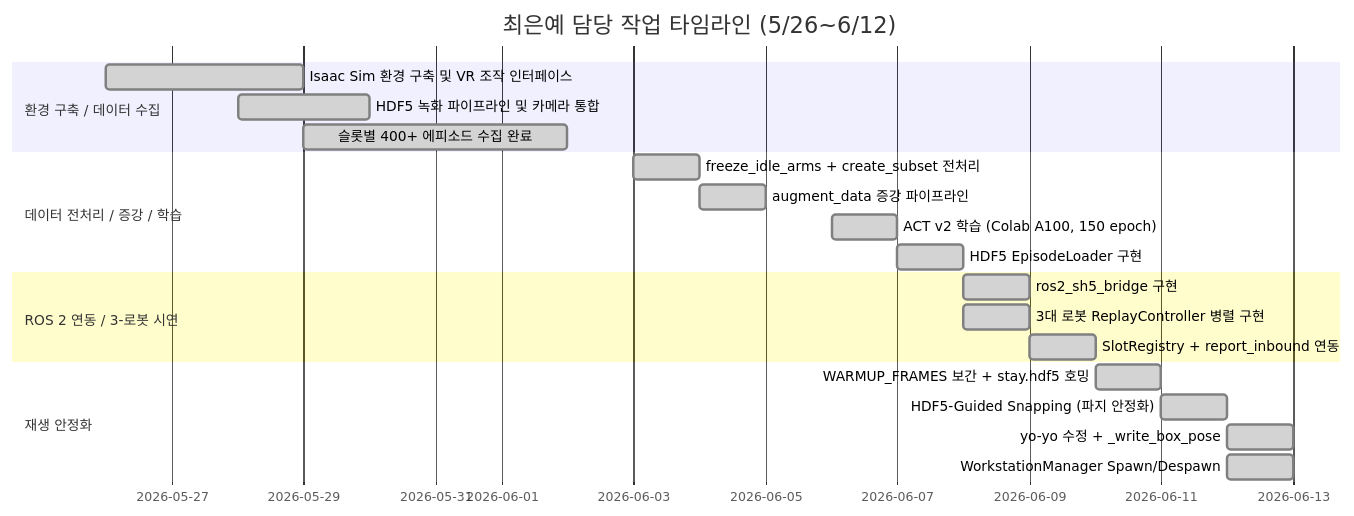
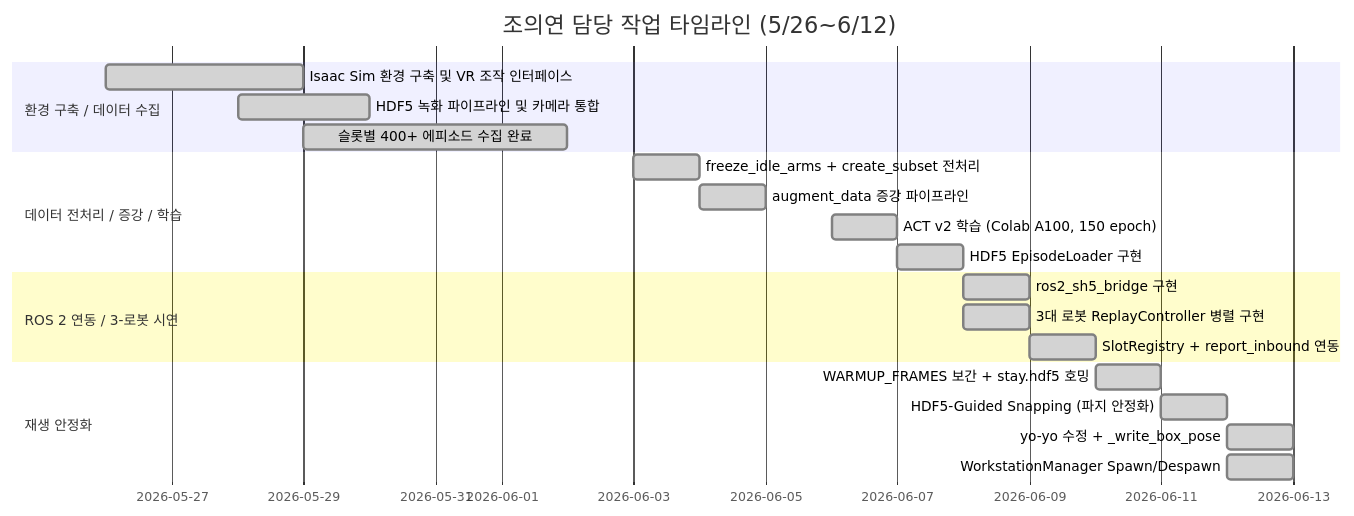
One commit to sungwung1201/SNFC changed the diagram in CEY/README.md. Above: the diagram before and after it, drawn with Mermaid. The commit also changed other lines of this file, not shown here.

````diff
--- a/CEY/README.md
+++ b/CEY/README.md
@@ -115,23 +115,23 @@
 ```mermaid
 gantt
-    title 최은예 담당 작업 타임라인 (5/26~6/12)
+    title 조의연 담당 작업 타임라인 (5/26~6/12)
     dateFormat  YYYY-MM-DD
     section 환경 구축 / 데이터 수집
     Isaac Sim 환경 구축 및 VR 조작 인터페이스     :done, a1, 2026-05-26, 3d
     HDF5 녹화 파이프라인 및 카메라 통합           :done, a2, 2026-05-28, 2d
     슬롯별 400+ 에피소드 수집 완료               :done, a3, 2026-05-29, 4d
     section 데이터 전처리 / 증강 / 학습
     freeze_idle_arms + create_subset 전처리      :done, b1, 2026-06-03, 1d
     augment_data 증강 파이프라인                 :done, b2, 2026-06-04, 1d
     ACT v2 학습 (Colab A100, 150 epoch)         :done, b3, 2026-06-06, 1d
     HDF5 EpisodeLoader 구현                     :done, b4, 2026-06-07, 1d
     section ROS 2 연동 / 3-로봇 시연
     ros2_sh5_bridge 구현                        :done, c1, 2026-06-08, 1d
     3대 로봇 ReplayController 병렬 구현          :done, c2, 2026-06-08, 1d
     SlotRegistry + report_inbound 연동           :done, c3, 2026-06-09, 1d
     section 재생 안정화
     WARMUP_FRAMES 보간 + stay.hdf5 호밍         :done, d1, 2026-06-10, 1d
     HDF5-Guided Snapping (파지 안정화)           :done, d2, 2026-06-11, 1d
     yo-yo 수정 + _write_box_pose                :done, d3, 2026-06-12, 1d
     WorkstationManager Spawn/Despawn            :done, d4, 2026-06-12, 1d
 ```
````
